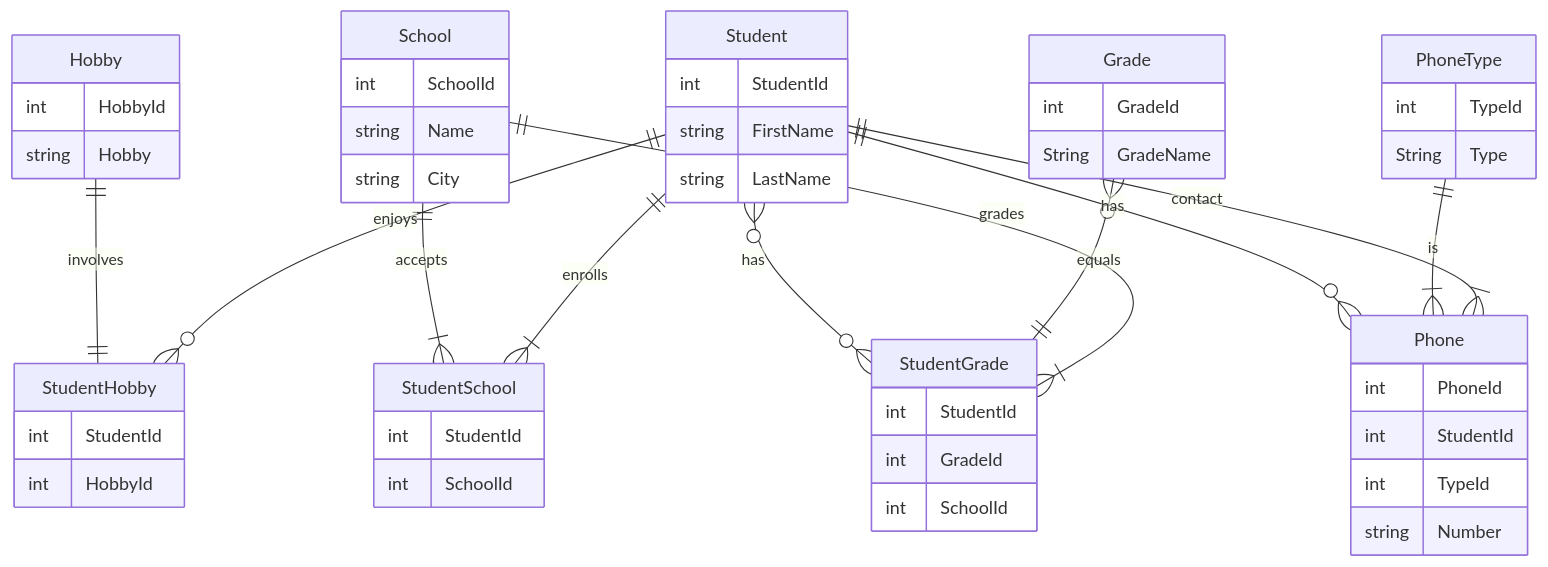
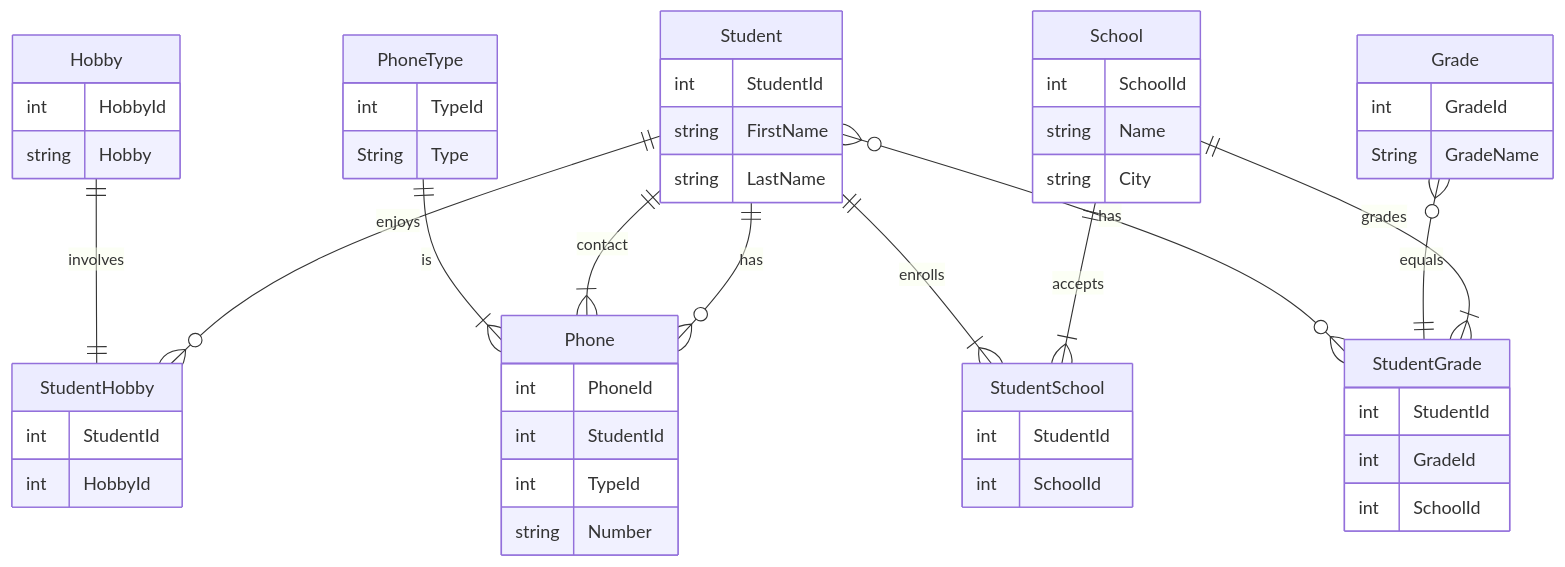
One commit to ellinorekmark/db2022 changed the diagram in README.md. Above: the diagram before and after it, drawn with Mermaid. The commit also changed other lines of this file, not shown here.

````diff
--- a/README.md
+++ b/README.md
@@ -1,71 +1,71 @@
 ```mermaid
 
 erDiagram    
     Hobby ||--||StudentHobby : involves
-    School ||--|{ StudentSchool : accepts
-    Student || --|{StudentSchool : enrolls
     Student ||--o{StudentHobby : enjoys
-    Student || -- o{Phone : has
     PhoneType ||--|{ Phone : is
     Student ||--|{Phone : contact
+    Student || --|{StudentSchool : enrolls
+    Student || -- o{Phone : has
+    School ||--|{ StudentSchool : accepts
     Student }o--o{ StudentGrade : has
     Grade }o--|| StudentGrade : equals
     School ||--|{ StudentGrade : grades
     
     
     StudentSchool {
         int StudentId
         int SchoolId
     }
     
     Student {
         int StudentId
         string FirstName
         string LastName
     }
     
     School {
         int SchoolId
         string Name
         string City
     }
 
     StudentHobby {
         int StudentId
         int HobbyId
     }
 
     Hobby {
         int HobbyId
         string Hobby
     }
 
     Phone {
         int PhoneId
         int StudentId
 	int TypeId
         string Number
     }
 
     PhoneType {
 	int TypeId
 	String Type
     }
 
     Grade {
 	int GradeId
 	String GradeName
     }
 
     StudentGrade {
 	int StudentId
 	int GradeId
 	int SchoolId
     }
 
 
 
 
 
 
 ```
````
